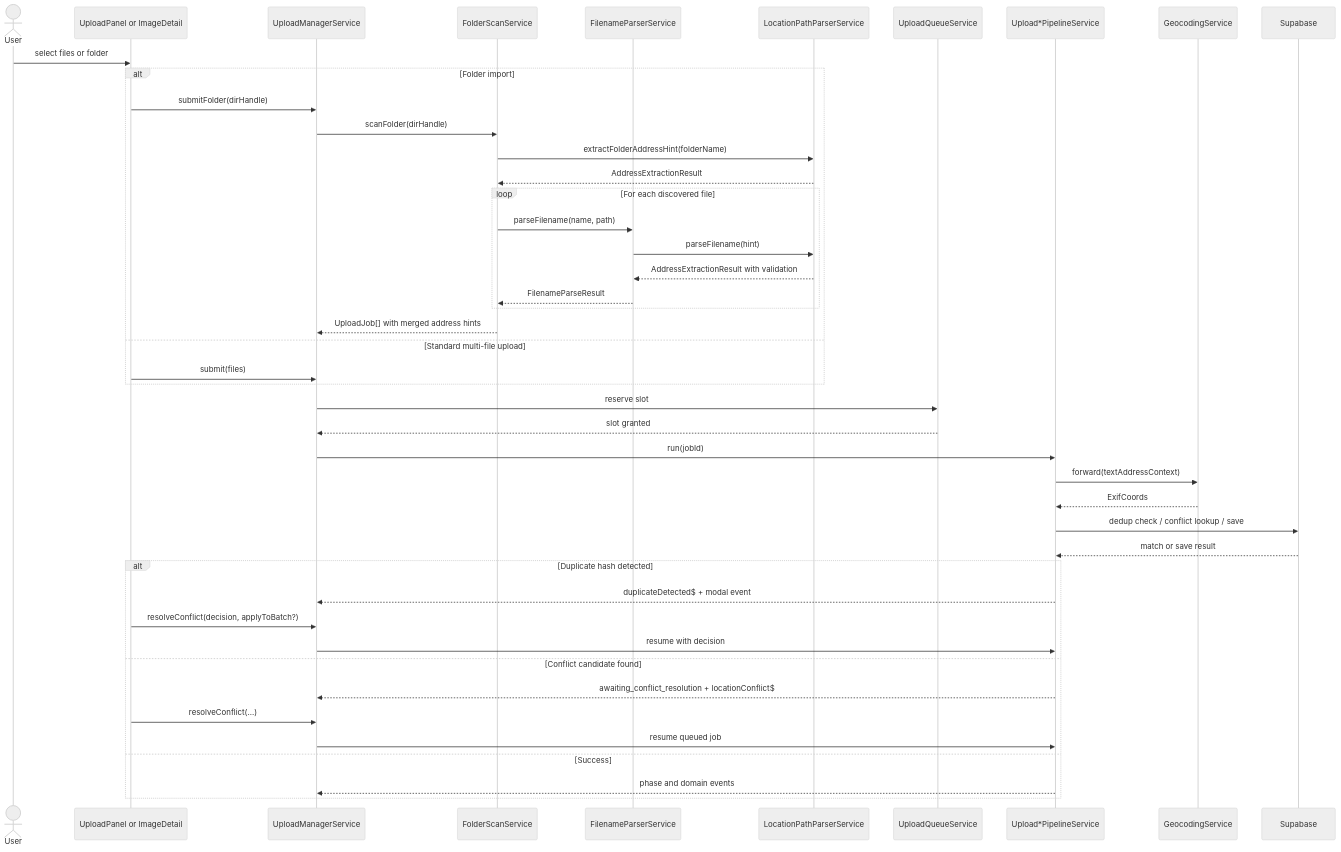
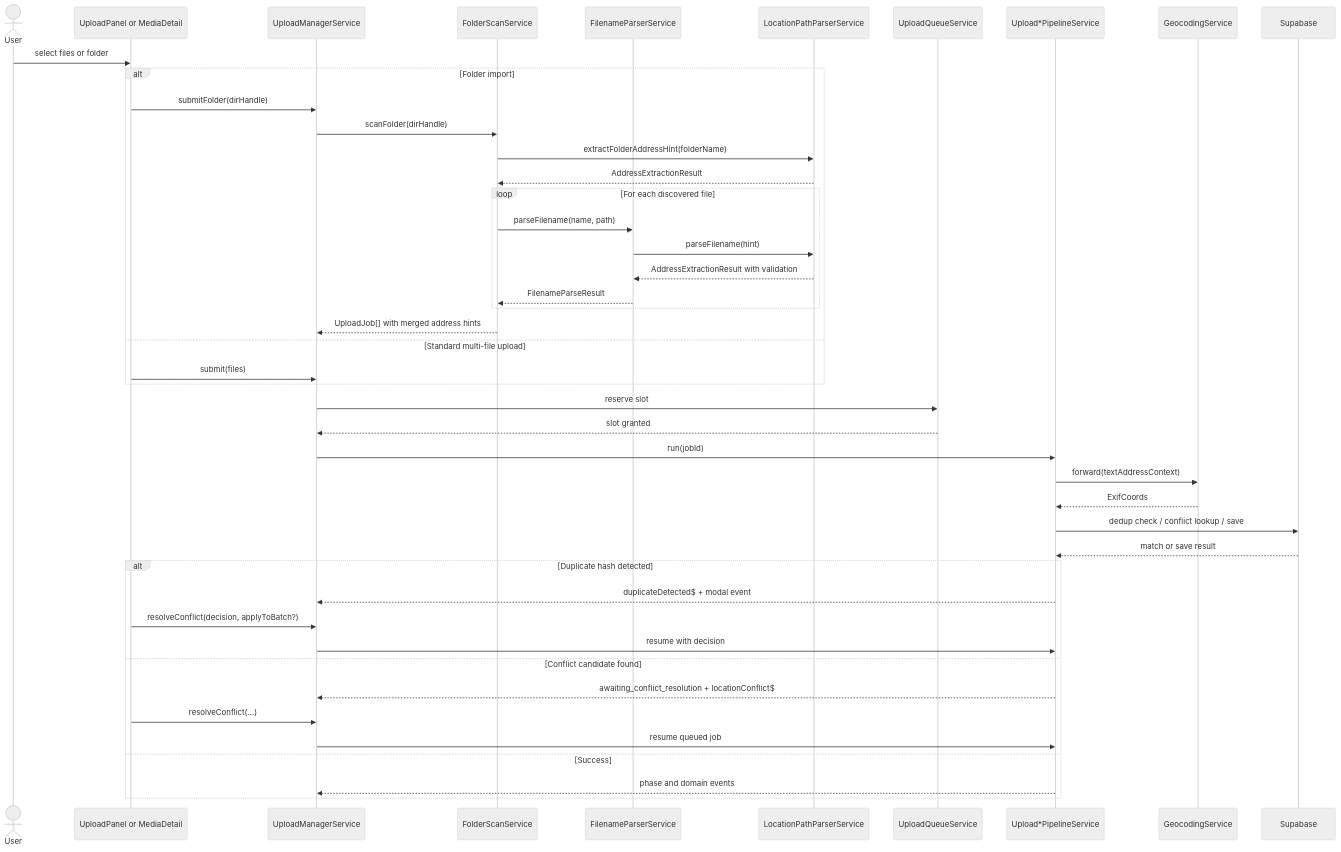
One commit to matkleve/feldpost changed the second of 2 diagrams in docs/element-specs/upload-manager-pipeline.md. Above: the diagram before and after it, drawn with Mermaid (neutral theme). The commit also changed other lines of this file and 32 other files, not shown here.

````diff
--- a/docs/element-specs/upload-manager-pipeline.md
+++ b/docs/element-specs/upload-manager-pipeline.md
@@ -433,50 +434,50 @@
 ```mermaid
 sequenceDiagram
   actor User
-  participant UI as UploadPanel or ImageDetail
+  participant UI as UploadPanel or MediaDetail
   participant Manager as UploadManagerService
   participant FSS as FolderScanService
   participant FPS as FilenameParserService
   participant LPP as LocationPathParserService
   participant Queue as UploadQueueService
   participant Pipeline as Upload*PipelineService
   participant GCS as GeocodingService
   participant DB as Supabase
 
   User->>UI: select files or folder
   alt Folder import
     UI->>Manager: submitFolder(dirHandle)
     Manager->>FSS: scanFolder(dirHandle)
     FSS->>LPP: extractFolderAddressHint(folderName)
     LPP-->>FSS: AddressExtractionResult
     loop For each discovered file
       FSS->>FPS: parseFilename(name, path)
       FPS->>LPP: parseFilename(hint)
       LPP-->>FPS: AddressExtractionResult with validation
       FPS-->>FSS: FilenameParseResult
     end
     FSS-->>Manager: UploadJob[] with merged address hints
   else Standard multi-file upload
     UI->>Manager: submit(files)
   end
 
   Manager->>Queue: reserve slot
   Queue-->>Manager: slot granted
   Manager->>Pipeline: run(jobId)
   Pipeline->>GCS: forward(textAddressContext)
   GCS-->>Pipeline: ExifCoords
   Pipeline->>DB: dedup check / conflict lookup / save
   DB-->>Pipeline: match or save result
 
   alt Duplicate hash detected
     Pipeline-->>Manager: duplicateDetected$ + modal event
     UI->>Manager: resolveConflict(decision, applyToBatch?)
     Manager->>Pipeline: resume with decision
   else Conflict candidate found
     Pipeline-->>Manager: awaiting_conflict_resolution + locationConflict$
     UI->>Manager: resolveConflict(...)
     Manager->>Pipeline: resume queued job
   else Success
     Pipeline-->>Manager: phase and domain events
   end
 ```
````
